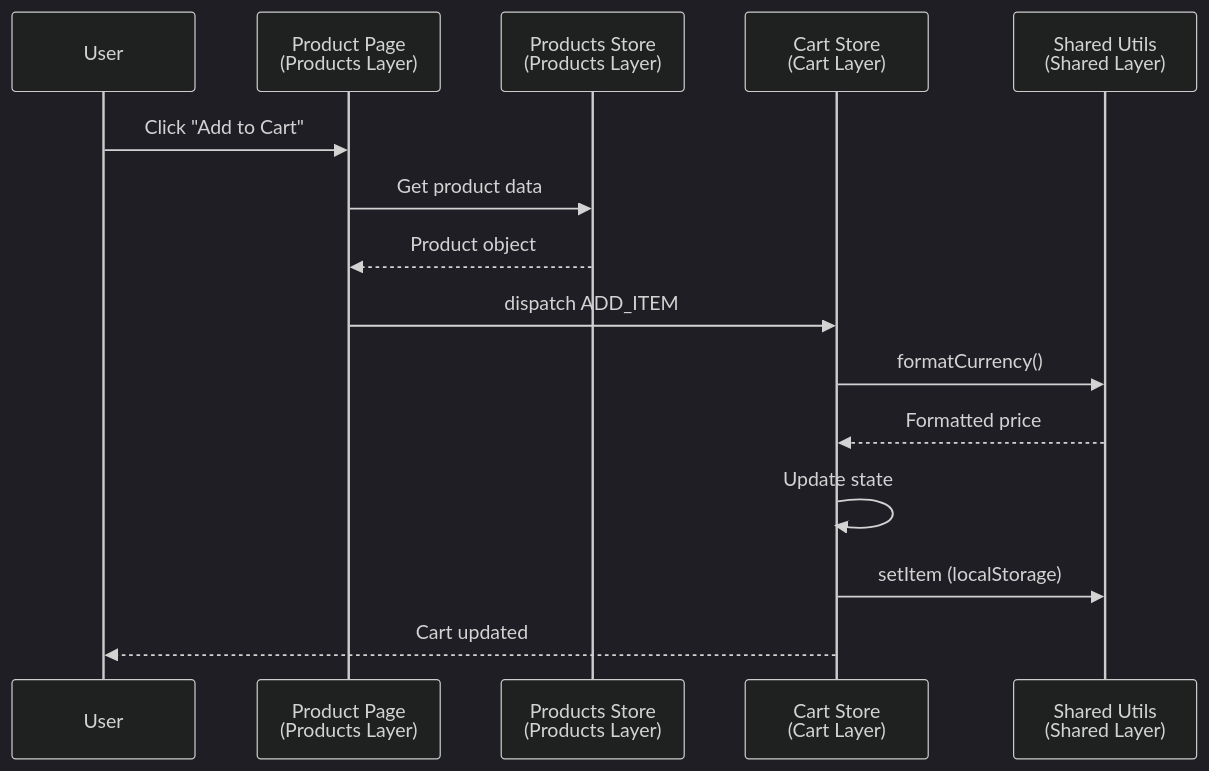
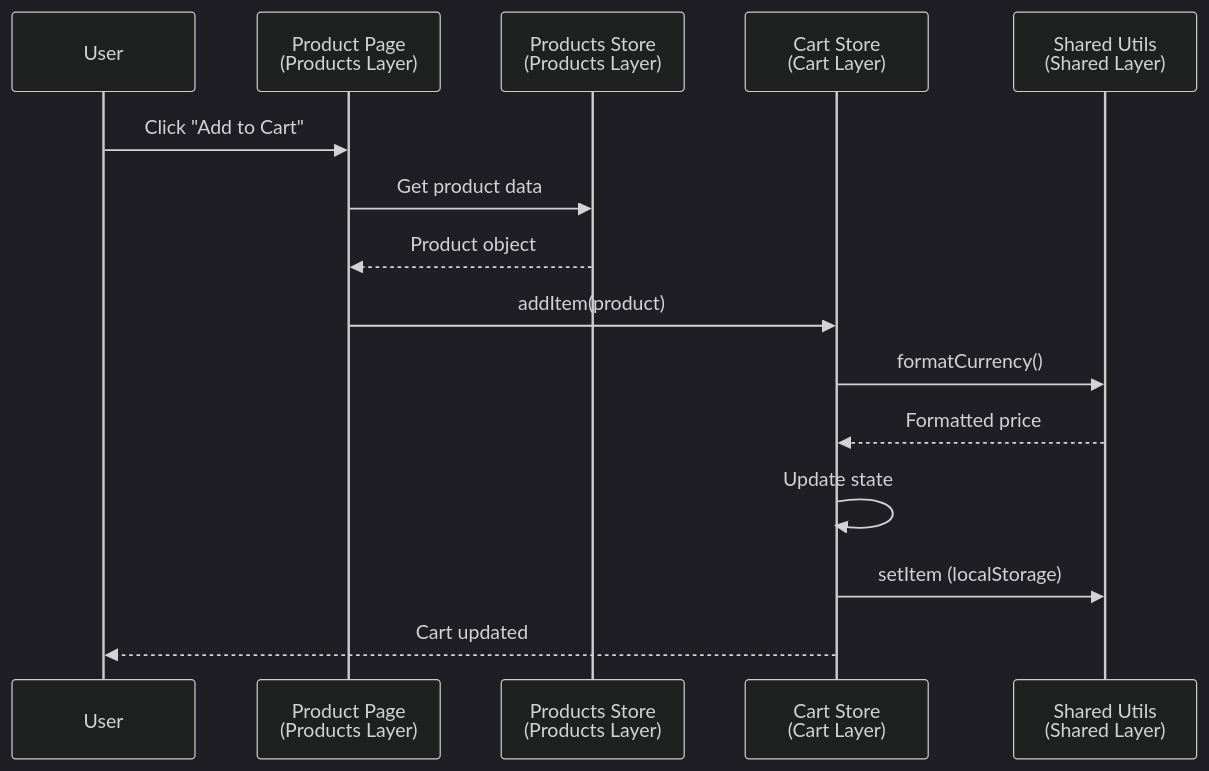
One commit to alexanderop/nuxt-layer-example changed the third of 8 diagrams in ARCHITECTURE.md. Above: the diagram before and after it, drawn with Mermaid (dark theme). The commit also changed other lines of this file and 25 other files, not shown here.

````diff
--- a/ARCHITECTURE.md
+++ b/ARCHITECTURE.md
@@ -340,18 +340,18 @@
 ```mermaid
 sequenceDiagram
     participant User
     participant ProductPage as Product Page<br/>(Products Layer)
     participant ProductStore as Products Store<br/>(Products Layer)
     participant CartStore as Cart Store<br/>(Cart Layer)
     participant SharedUtils as Shared Utils<br/>(Shared Layer)
 
     User->>ProductPage: Click "Add to Cart"
     ProductPage->>ProductStore: Get product data
     ProductStore-->>ProductPage: Product object
-    ProductPage->>CartStore: dispatch ADD_ITEM
+    ProductPage->>CartStore: addItem(product)
     CartStore->>SharedUtils: formatCurrency()
     SharedUtils-->>CartStore: Formatted price
     CartStore->>CartStore: Update state
     CartStore->>SharedUtils: setItem (localStorage)
     CartStore-->>User: Cart updated
 ```
````
